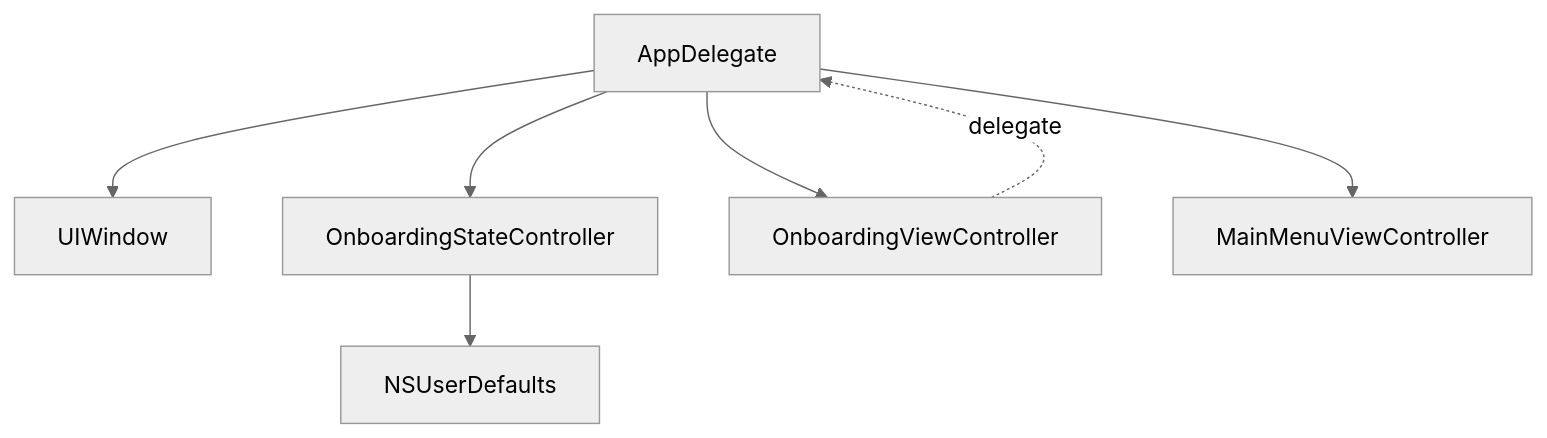
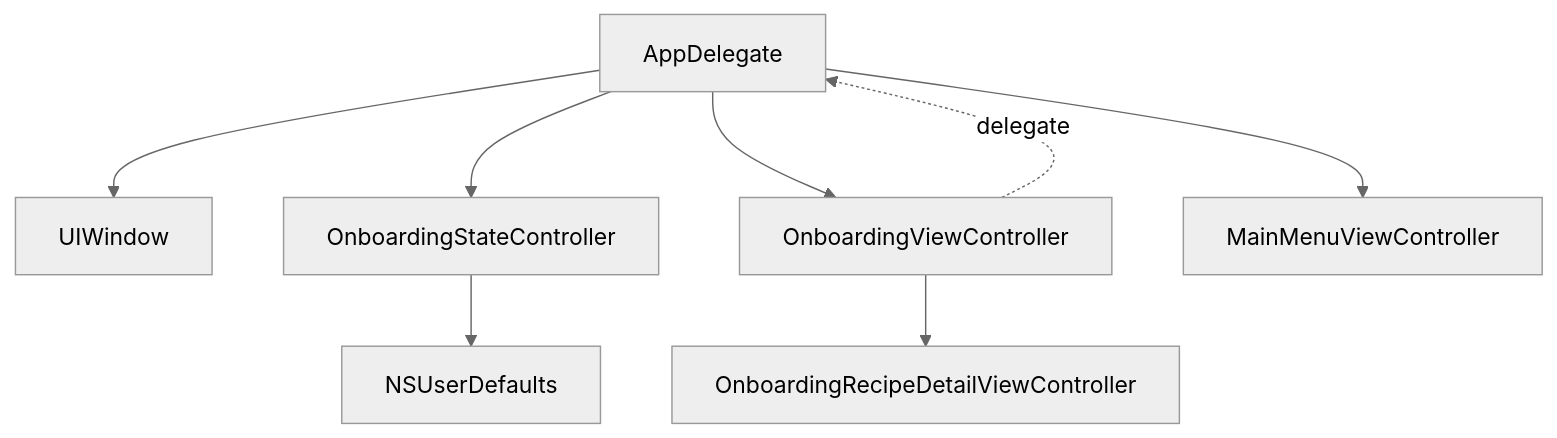
One commit to bengidev/ios_mrr_learning_project changed the third of 6 diagrams in ARCHITECTURE.md. Above: the diagram before and after it, drawn with Mermaid (neutral theme). The commit also changed other lines of this file and 5 other files, not shown here.

````diff
--- a/ARCHITECTURE.md
+++ b/ARCHITECTURE.md
@@ -71,16 +86,18 @@
 ```mermaid
 flowchart TB
   app["AppDelegate"]
   window["UIWindow"]
   state["OnboardingStateController"]
   onboarding["OnboardingViewController"]
+  detail["OnboardingRecipeDetailViewController"]
   menu["MainMenuViewController"]
   defaults["NSUserDefaults"]
 
   app --> window
   app --> state
   state --> defaults
   app --> onboarding
   onboarding -.delegate.-> app
+  onboarding --> detail
   app --> menu
 ```
````
